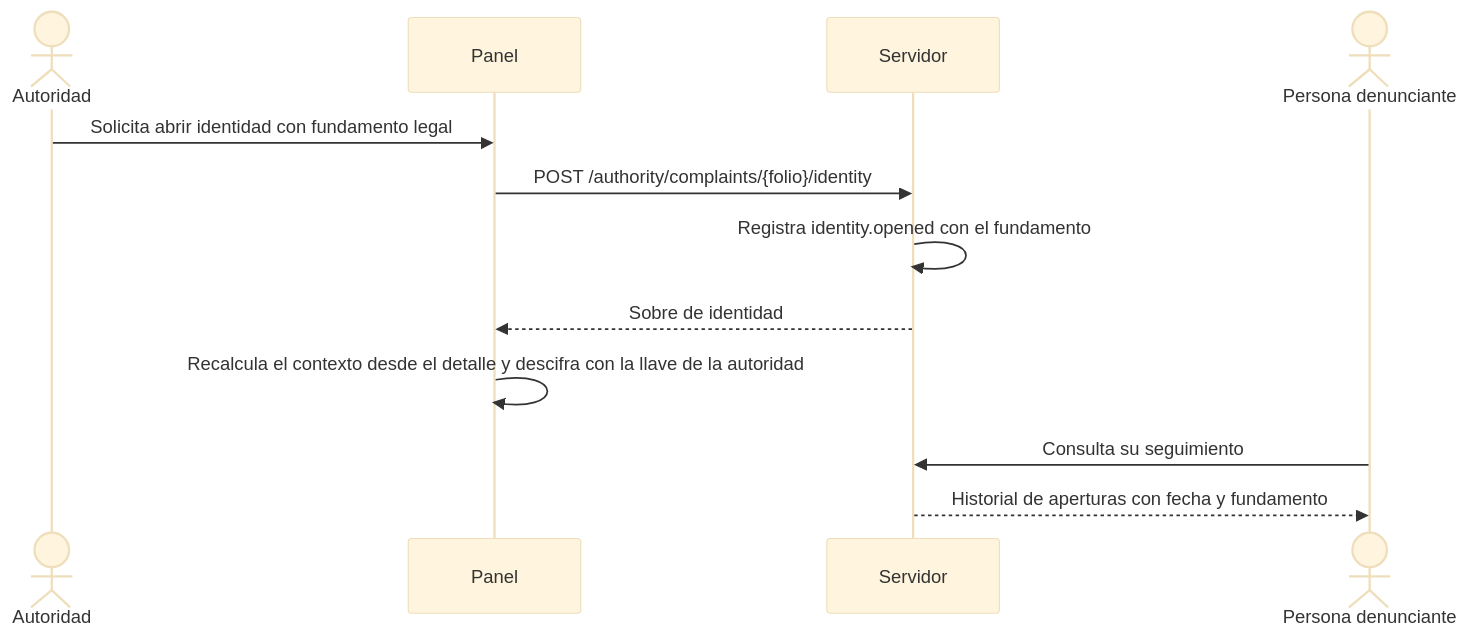
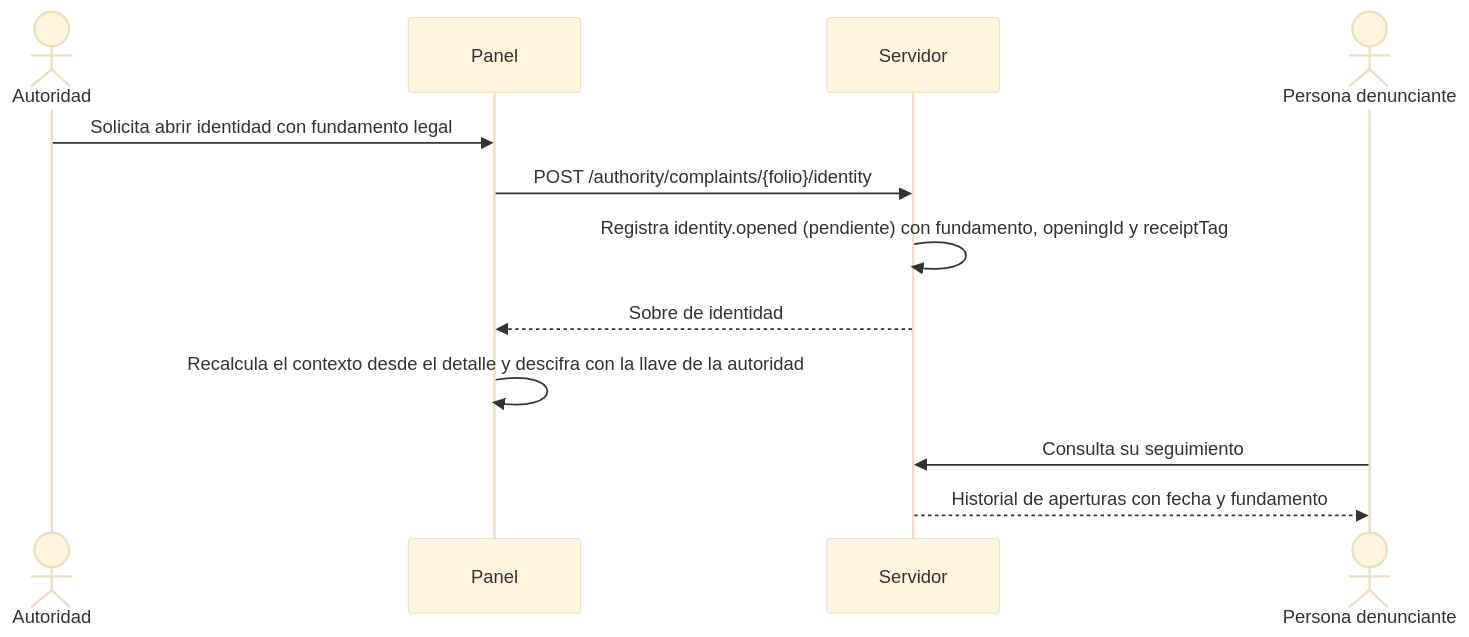
Before and after one commit to GuilleOp/sigilo-s5: the fifth of 5 diagrams in docs/arquitectura.md, drawn with Mermaid (base theme). The commit also changed other lines of this file and 8 other files, not shown here.

````diff
--- a/docs/arquitectura.md
+++ b/docs/arquitectura.md
@@ -133,14 +141,14 @@
 ```mermaid
 sequenceDiagram
   actor A as Autoridad
   participant P as Panel
   participant S as Servidor
   actor D as Persona denunciante
   A->>P: Solicita abrir identidad con fundamento legal
   P->>S: POST /authority/complaints/{folio}/identity
-  S->>S: Registra identity.opened con el fundamento
+  S->>S: Registra identity.opened (pendiente) con fundamento, openingId y receiptTag
   S-->>P: Sobre de identidad
   P->>P: Recalcula el contexto desde el detalle y descifra con la llave de la autoridad
   D->>S: Consulta su seguimiento
   S-->>D: Historial de aperturas con fecha y fundamento
 ```
````
